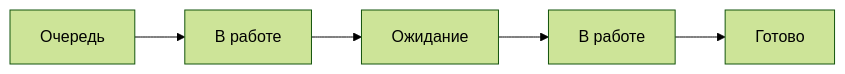
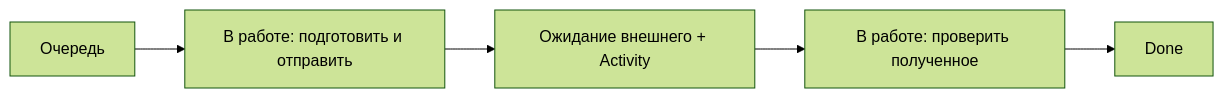
Before and after one commit to lazuale/department: the third of 4 diagrams in docs/01-methodology.md, drawn with Mermaid (forest theme). The commit also changed other lines of this file, not shown here.

````diff
--- a/docs/01-methodology.md
+++ b/docs/01-methodology.md
@@ -266,7 +272,7 @@
 ```mermaid
 flowchart LR
-    Q[Очередь] --> W1[В работе]
-    W1 --> O[Ожидание]
-    O --> W2[В работе]
-    W2 --> D[Готово]
+    Q[Очередь] --> W1[В работе: подготовить и отправить]
+    W1 --> E[Ожидание внешнего + Activity]
+    E --> W2[В работе: проверить полученное]
+    W2 --> D[Done]
 ```
````
